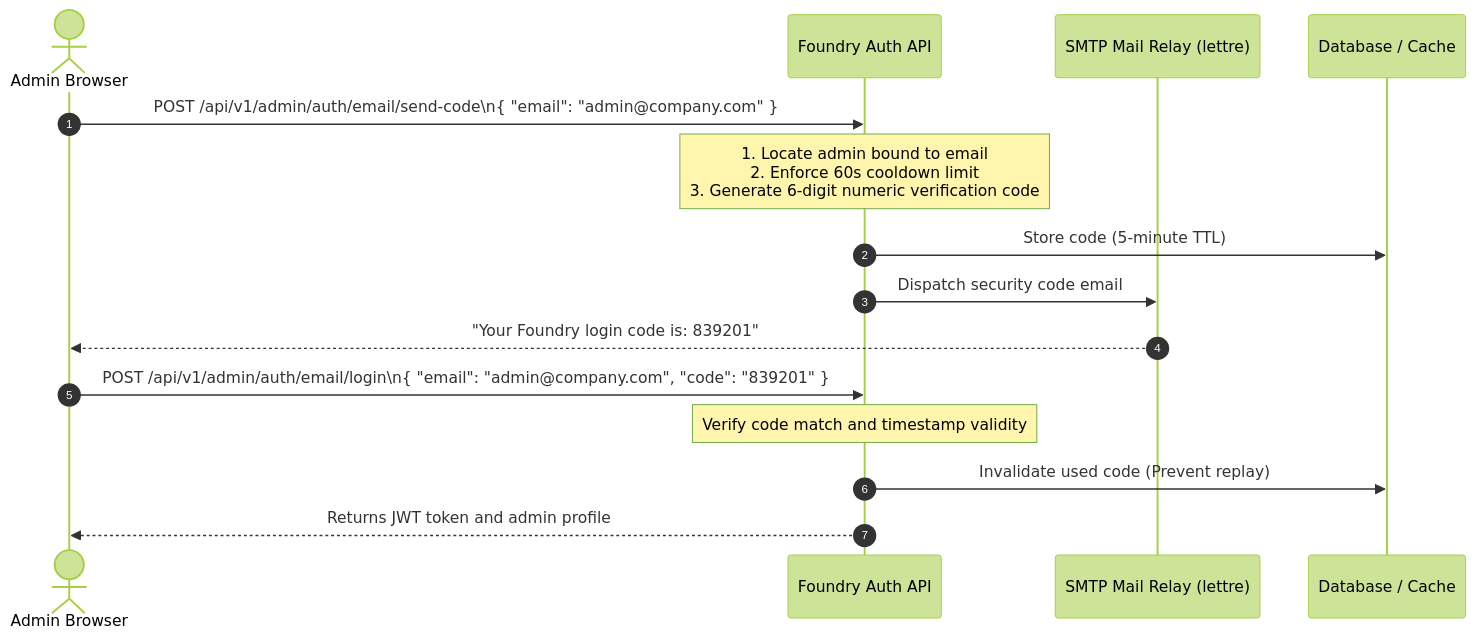
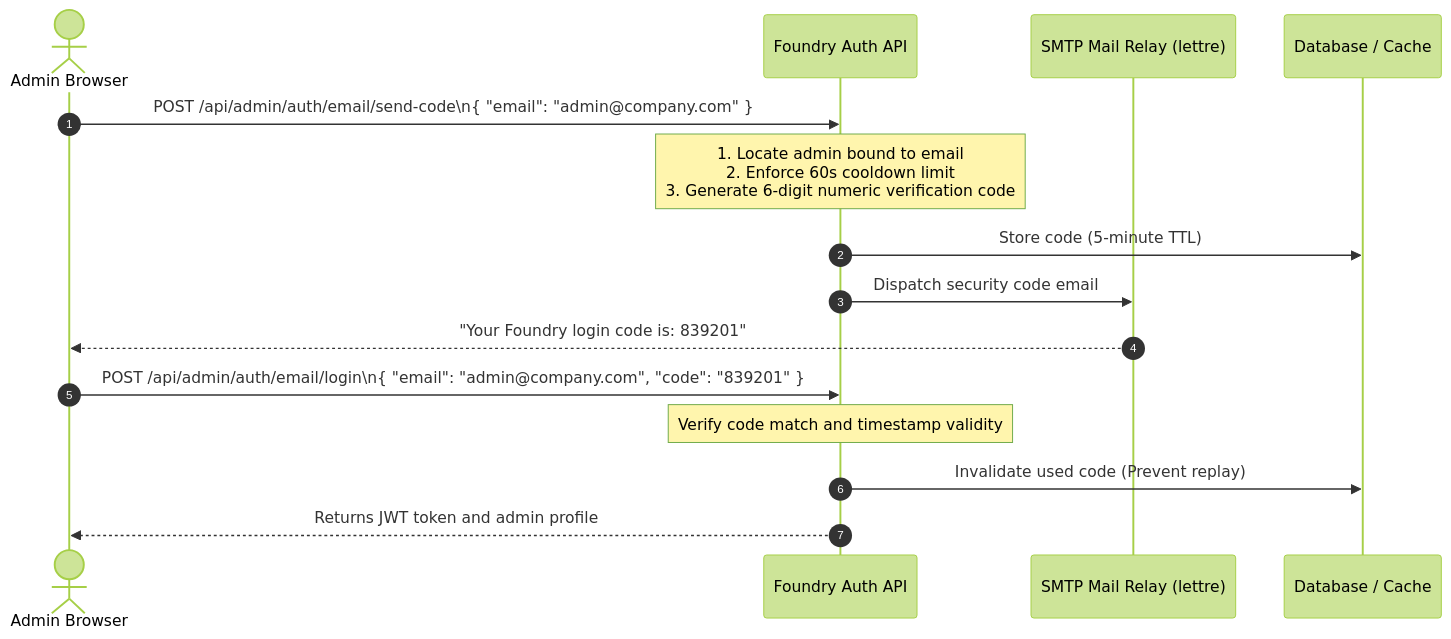
The second of 2 diagrams in docs/src/content/docs/guides/auth-security.md (FoundKit/foundry), drawn with Mermaid (forest theme) before and after one commit. The commit also changed other lines of this file and 83 other files, not shown here.

````diff
--- a/docs/src/content/docs/guides/auth-security.md
+++ b/docs/src/content/docs/guides/auth-security.md
@@ -116,19 +116,19 @@
 ```mermaid
 sequenceDiagram
     autonumber
     actor Admin as Admin Browser
     participant API as Foundry Auth API
     participant SMTP as SMTP Mail Relay (lettre)
     participant Store as Database / Cache
     
-    Admin->>API: POST /api/v1/admin/auth/email/send-code\n{ "email": "admin@company.com" }
+    Admin->>API: POST /api/admin/auth/email/send-code\n{ "email": "admin@company.com" }
     Note over API: 1. Locate admin bound to email<br/>2. Enforce 60s cooldown limit<br/>3. Generate 6-digit numeric verification code
     API->>Store: Store code (5-minute TTL)
     API->>SMTP: Dispatch security code email
     SMTP-->>Admin: "Your Foundry login code is: 839201"
     
-    Admin->>API: POST /api/v1/admin/auth/email/login\n{ "email": "admin@company.com", "code": "839201" }
+    Admin->>API: POST /api/admin/auth/email/login\n{ "email": "admin@company.com", "code": "839201" }
     Note over API: Verify code match and timestamp validity
     API->>Store: Invalidate used code (Prevent replay)
     API-->>Admin: Returns JWT token and admin profile
 ```
````
